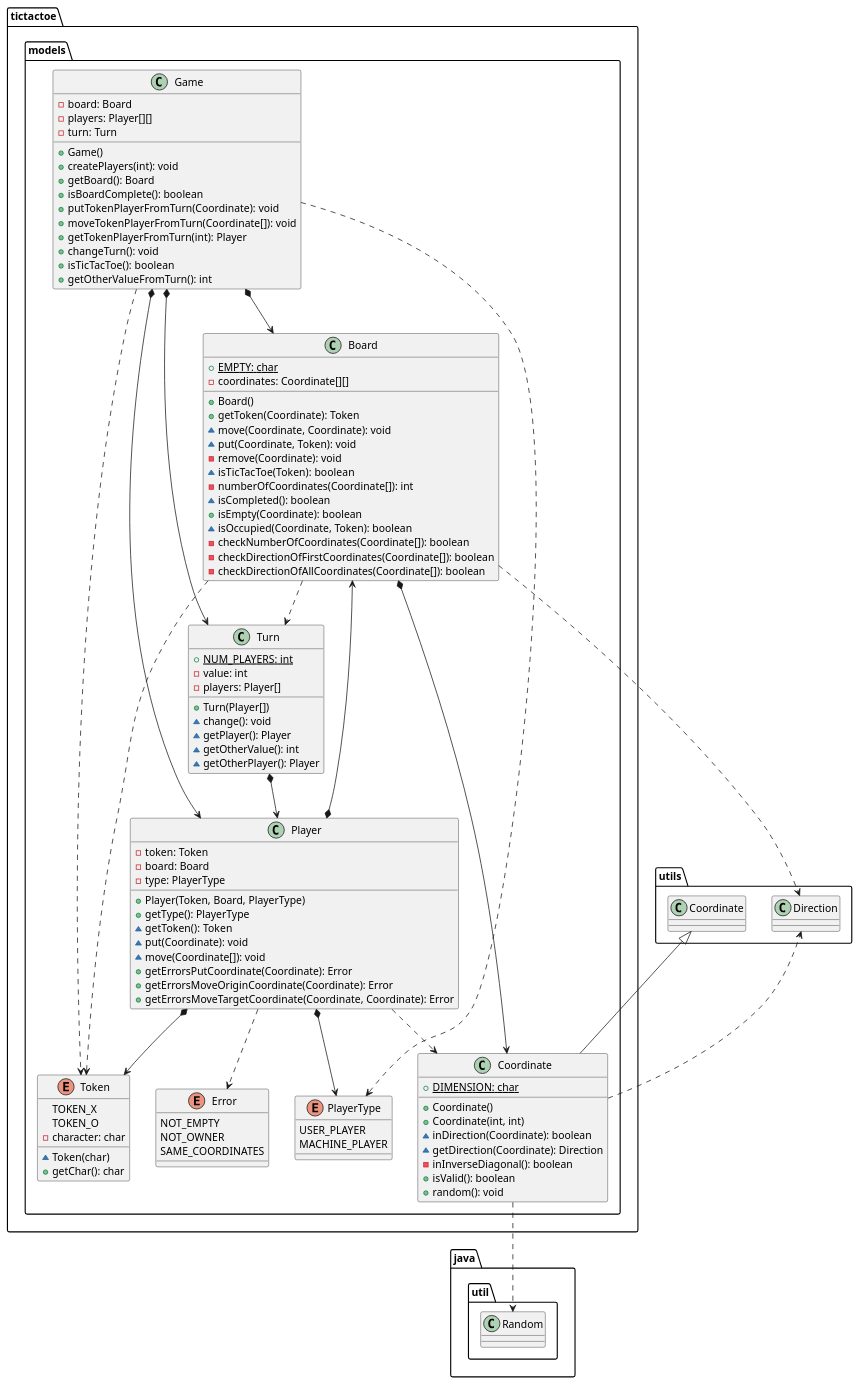
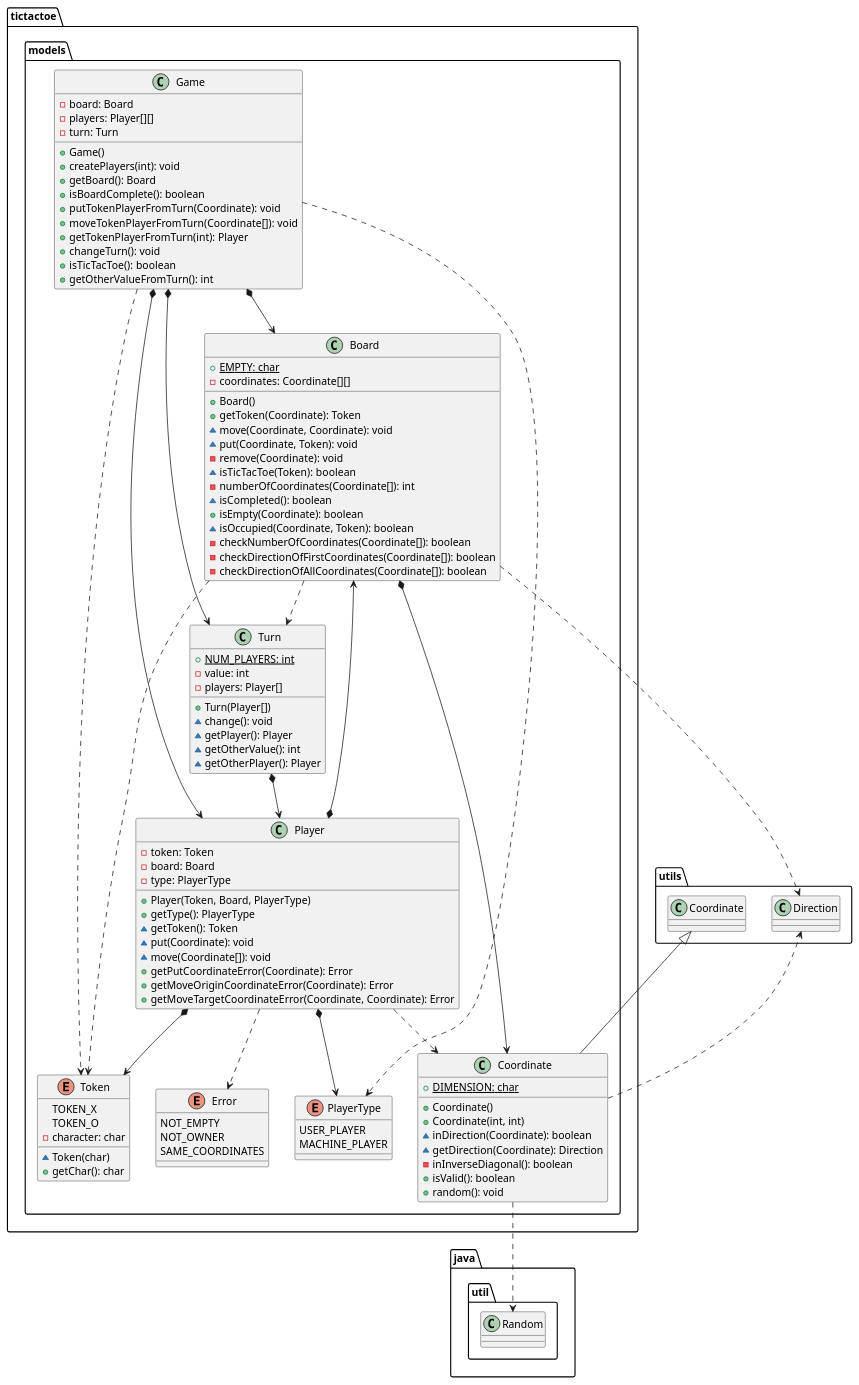
Before and after one commit to x-USantaTecla-game-ticTacToe/java: the third of 5 diagrams in docs/src/docs/asciidoc/index.adoc, drawn with PlantUML. The commit also changed other lines of this file and 10 other files, not shown here.

```diff
--- a/docs/src/docs/asciidoc/index.adoc
+++ b/docs/src/docs/asciidoc/index.adoc
@@ -269,9 +269,9 @@
 ~ getToken(): Token
 ~ put(Coordinate): void
 ~ move(Coordinate[]): void
-+ getErrorsPutCoordinate(Coordinate): Error
-+ getErrorsMoveOriginCoordinate(Coordinate): Error
-+ getErrorsMoveTargetCoordinate(Coordinate, Coordinate): Error
++ getPutCoordinateError(Coordinate): Error
++ getMoveOriginCoordinateError(Coordinate): Error
++ getMoveTargetCoordinateError(Coordinate, Coordinate): Error
 }
 tictactoe.models.Player *-down-> tictactoe.models.Token
 tictactoe.models.Player *-down-> tictactoe.models.Board
```
